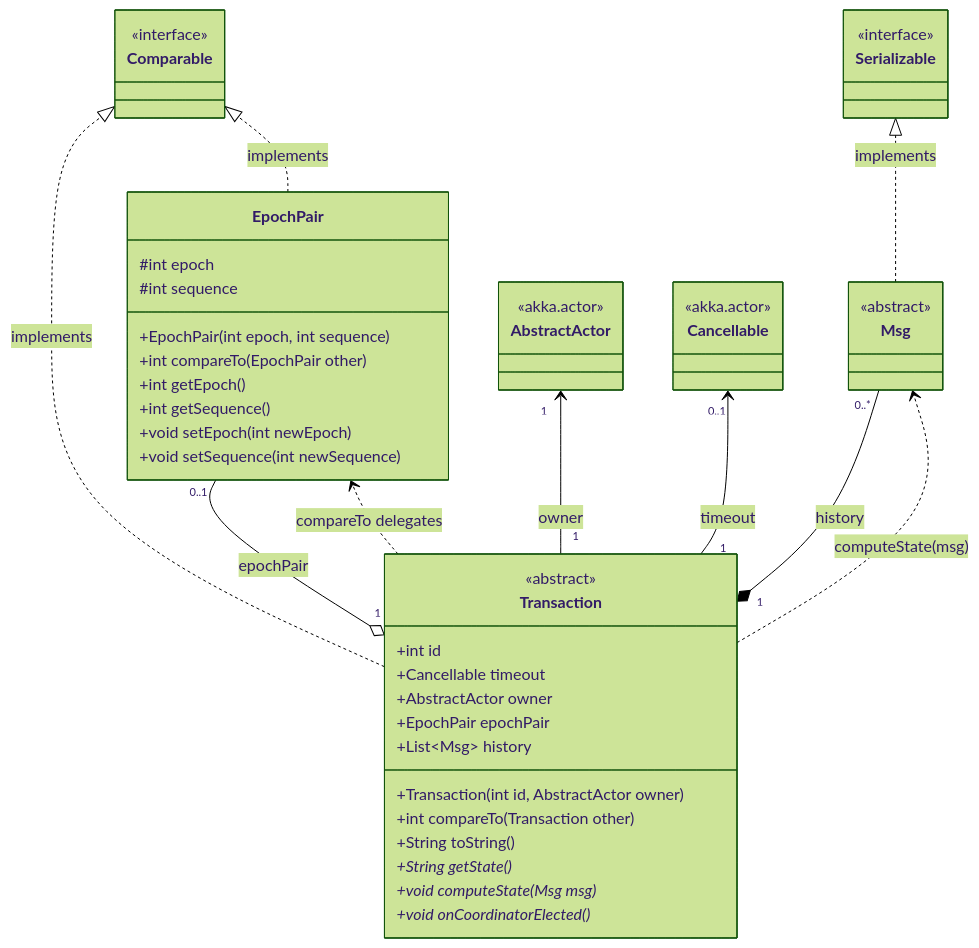
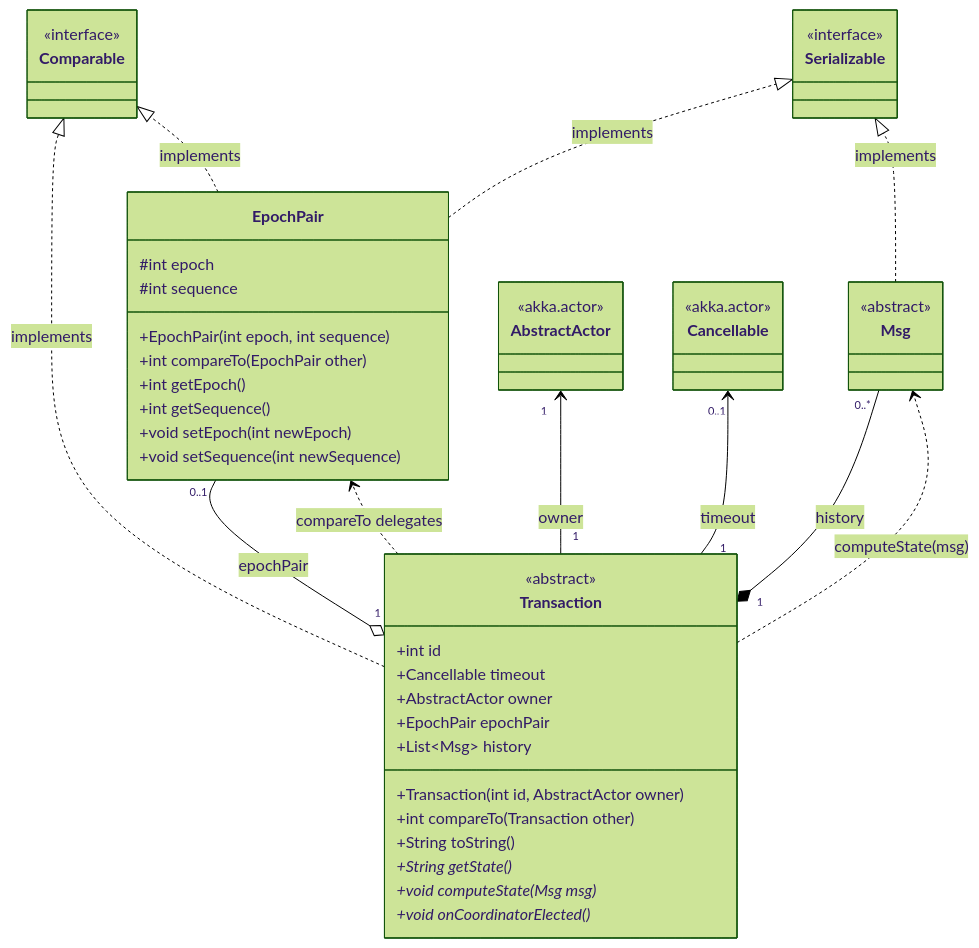
One commit to alanmasu/CoreDump_DS_Project changed the diagram in charts/TransactionClass_UML.mmd. Above: the diagram before and after it, drawn with Mermaid.

Commit message:
docs: Updaded UML diagram

```diff
--- a/charts/TransactionClass_UML.mmd
+++ b/charts/TransactionClass_UML.mmd
@@ -1,85 +1,87 @@
 ---
 config:
   theme: forest
 ---
 classDiagram
 
     direction BT
     
     class Transaction {
         <<abstract>>
         +int id
         +Cancellable timeout
         +AbstractActor owner
         +EpochPair epochPair
         +List~Msg~ history
         +Transaction(int id, AbstractActor owner)
         +int compareTo(Transaction other)
         +String toString()
         +String getState()*
         +void computeState(Msg msg)*
         +void onCoordinatorElected()*
     }
 
     class EpochPair {
         #int epoch
         #int sequence
         +EpochPair(int epoch, int sequence)
         +int compareTo(EpochPair other)
         +int getEpoch()
         +int getSequence()
         +void setEpoch(int newEpoch)
         +void setSequence(int newSequence)
     }
 
     class Msg {
         <<abstract>>
     }
 
     class Comparable {
         <<interface>>
     }
 
     class Serializable {
         <<interface>>
     }
 
     class AbstractActor {
         <<akka.actor>>
     }
 
     class Cancellable {
         <<akka.actor>>
     }
 
     %% ------------------------------------------------------------------
     %% Legend of the notation used below
     %%   ..|>  realization  : "implements" an interface (dashed + hollow triangle)
     %%   --|>  inheritance  : "extends" a class         (solid  + hollow triangle)
     %%   *--   composition  : the part is created by the whole and dies with it
     %%   o--   aggregation  : the part is injected from outside, outlives the whole
     %%   -->   association  : the source keeps a *field* referencing the target
     %%   ..>   dependency   : the target only appears in a signature / local scope
     %% Diamonds (*-- and o--) are always drawn on the side of the "whole".
     %% Multiplicities read towards the far end: "1" A --> "0..*" B = one A, many B.
     %% ------------------------------------------------------------------
 
     %% realization: Transaction implements Comparable<Transaction> (orders by epochPair)
     Transaction ..|> Comparable : implements
     %% realization: EpochPair implements Comparable<EpochPair> (epoch first, then sequence)
     EpochPair ..|> Comparable : implements
+    %% realization: EpochPair implements Serializable so it can travel over the network
+    EpochPair ..|> Serializable : implements
     %% realization: Msg implements Serializable so messages can travel over the network
     Msg ..|> Serializable : implements
 
     %% aggregation: epochPair is null at construction and assigned later by the owner
     Transaction "1" o-- "0..1" EpochPair : epochPair
     %% composition: the history list is allocated in the constructor and dies with the transaction
     Transaction "1" *-- "0..*" Msg : history
     %% association: field pointing to the actor that owns the transaction; the actor outlives it
     Transaction "1" --> "1" AbstractActor : owner
     %% association: field holding the scheduled timeout, null until a timer is armed
     Transaction "1" --> "0..1" Cancellable : timeout
     %% dependency: Msg appears as a parameter of computeState(), no state is kept
     Transaction ..> Msg : computeState(msg)
     %% dependency: compareTo() delegates the ordering to EpochPair.compareTo()
     Transaction ..> EpochPair : compareTo delegates
```
